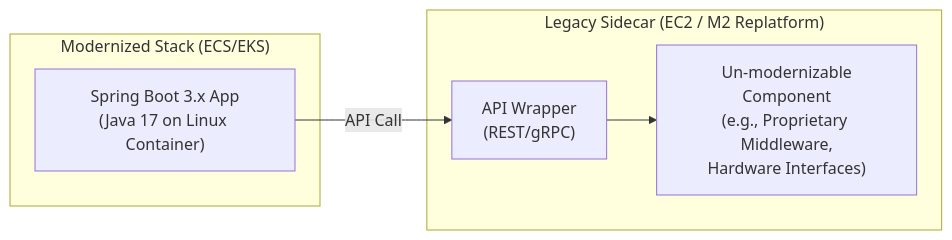
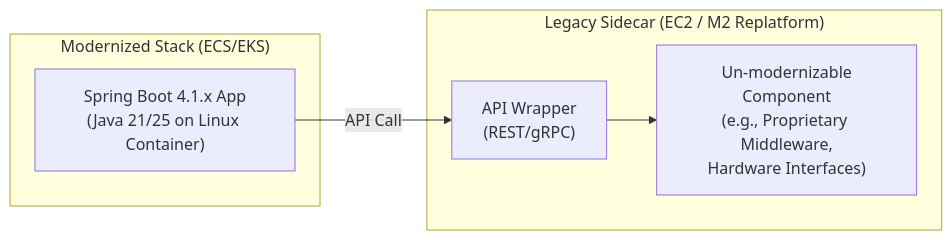
Before and after one commit to davidcslau/enterprise-modernization-analyzer: the second of 5 diagrams in steering/cobol-to-java.md, drawn with Mermaid. The commit also changed other lines of this file and 7 other files, not shown here.

First line of the commit message:
feat: Java/J2EE depth for a Spring Boot 4.1 target

````diff
--- a/steering/cobol-to-java.md
+++ b/steering/cobol-to-java.md
@@ -246,12 +246,12 @@
 ```mermaid
 flowchart LR
     subgraph Modern["Modernized Stack (ECS/EKS)"]
-        App["Spring Boot 3.x App<br/>(Java 17 on Linux Container)"]
+        App["Spring Boot 4.1.x App<br/>(Java 21/25 on Linux Container)"]
     end
     subgraph Legacy["Legacy Sidecar (EC2 / M2 Replatform)"]
         Wrapper["API Wrapper<br/>(REST/gRPC)"]
         Component["Un-modernizable<br/>Component<br/>(e.g., Proprietary Middleware,<br/>Hardware Interfaces)"]
         Wrapper --> Component
     end
     App -- "API Call" --> Wrapper
 ```
````
